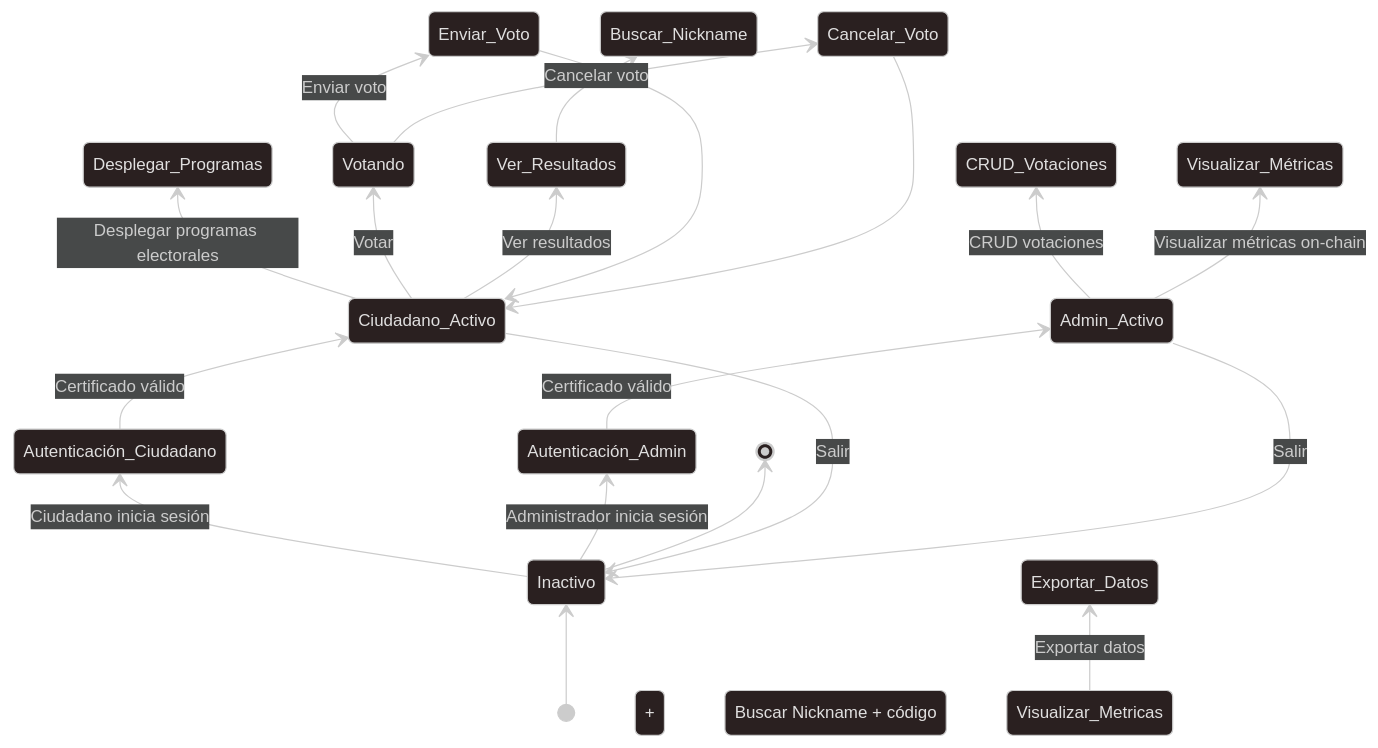
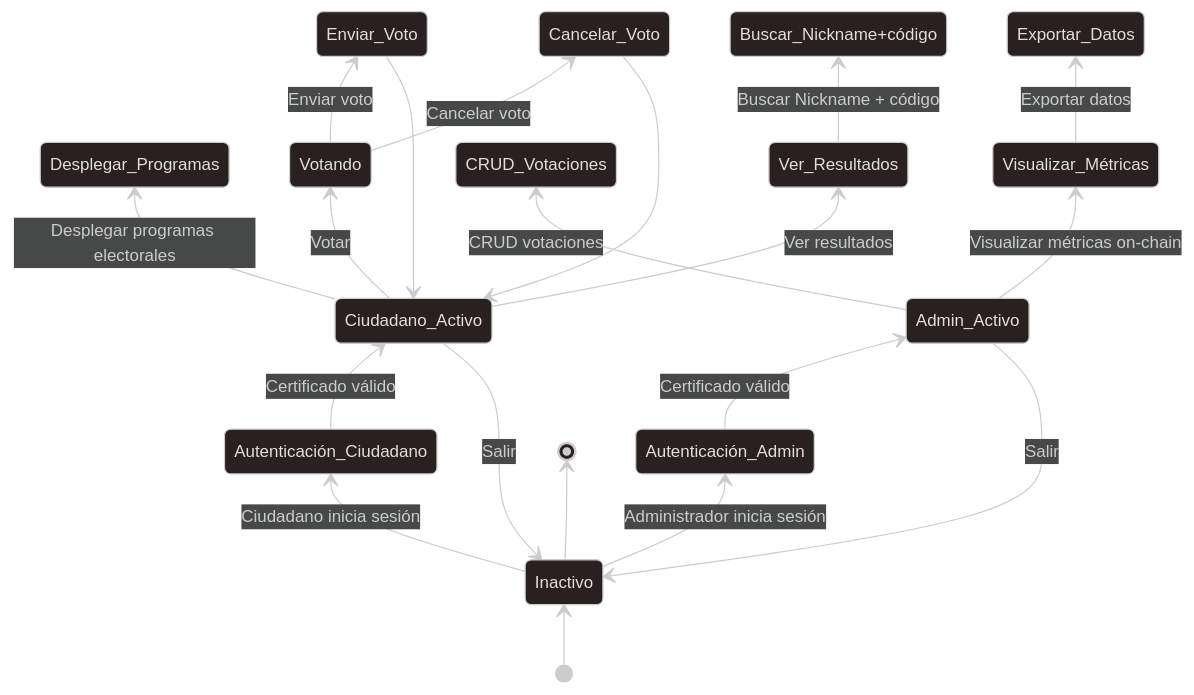
The first of 3 diagrams in docs/Diagrama_Estado.md (OnyxVariables/AGORA), drawn with Mermaid before and after one commit. The commit also changed other lines of this file and 1 other file, not shown here.

Commit message:
Updates orientation and some incorrect code from mermaid

````diff
--- a/docs/Diagrama_Estado.md
+++ b/docs/Diagrama_Estado.md
@@ -35,27 +35,27 @@
 ```mermaid
 ---
 config:
   theme: neo-dark
 ---
 stateDiagram
   direction BT
   [*] --> Inactivo
   Inactivo --> Autenticación_Ciudadano:Ciudadano inicia sesión
   Autenticación_Ciudadano --> Ciudadano_Activo:Certificado válido
   Ciudadano_Activo --> Desplegar_Programas:Desplegar programas electorales
   Ciudadano_Activo --> Votando:Votar
   Votando --> Enviar_Voto:Enviar voto
   Votando --> Cancelar_Voto:Cancelar voto
   Enviar_Voto --> Ciudadano_Activo
   Cancelar_Voto --> Ciudadano_Activo
   Ciudadano_Activo --> Ver_Resultados:Ver resultados
-  Ver_Resultados --> Buscar_Nickname + código:Buscar Nickname + código
+  Ver_Resultados --> Buscar_Nickname+código:Buscar Nickname + código
   Ciudadano_Activo --> Inactivo:Salir
   Inactivo --> Autenticación_Admin:Administrador inicia sesión
   Autenticación_Admin --> Admin_Activo:Certificado válido
   Admin_Activo --> CRUD_Votaciones:CRUD votaciones
   Admin_Activo --> Visualizar_Métricas:Visualizar métricas on-chain
-  Visualizar_Metricas --> Exportar_Datos:Exportar datos
+  Visualizar_Métricas --> Exportar_Datos:Exportar datos
   Admin_Activo --> Inactivo:Salir
   Inactivo --> [*]
 ```
````
